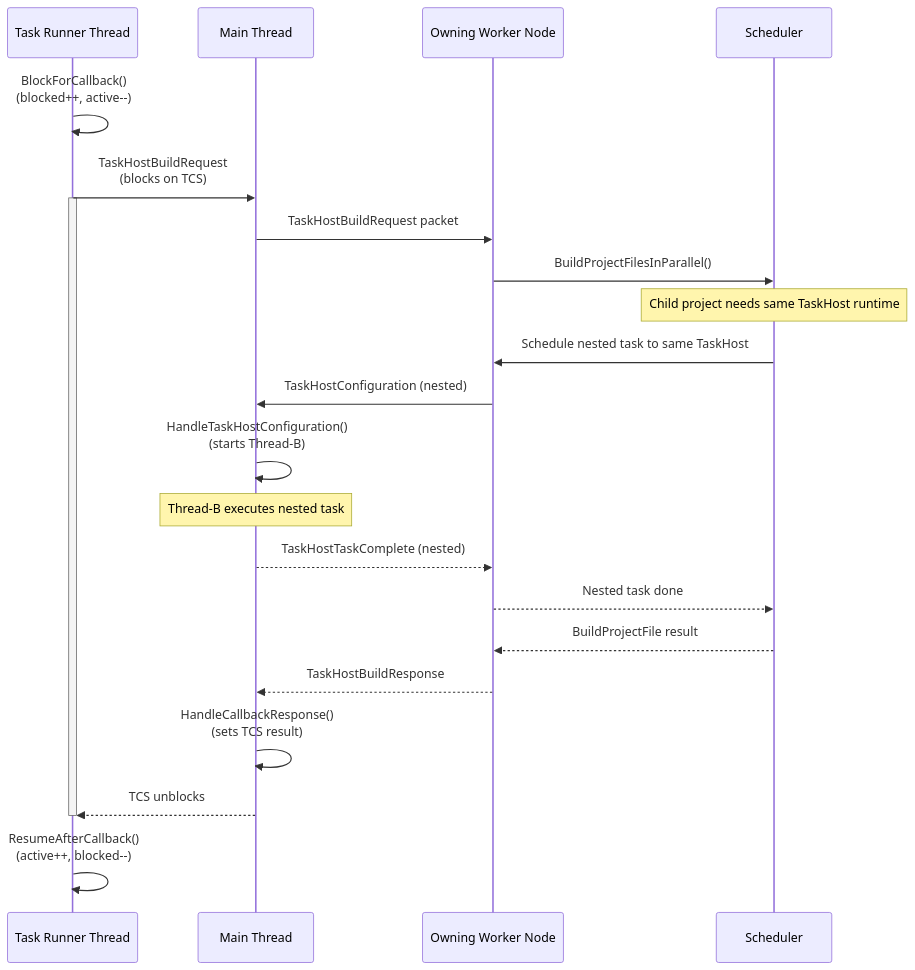
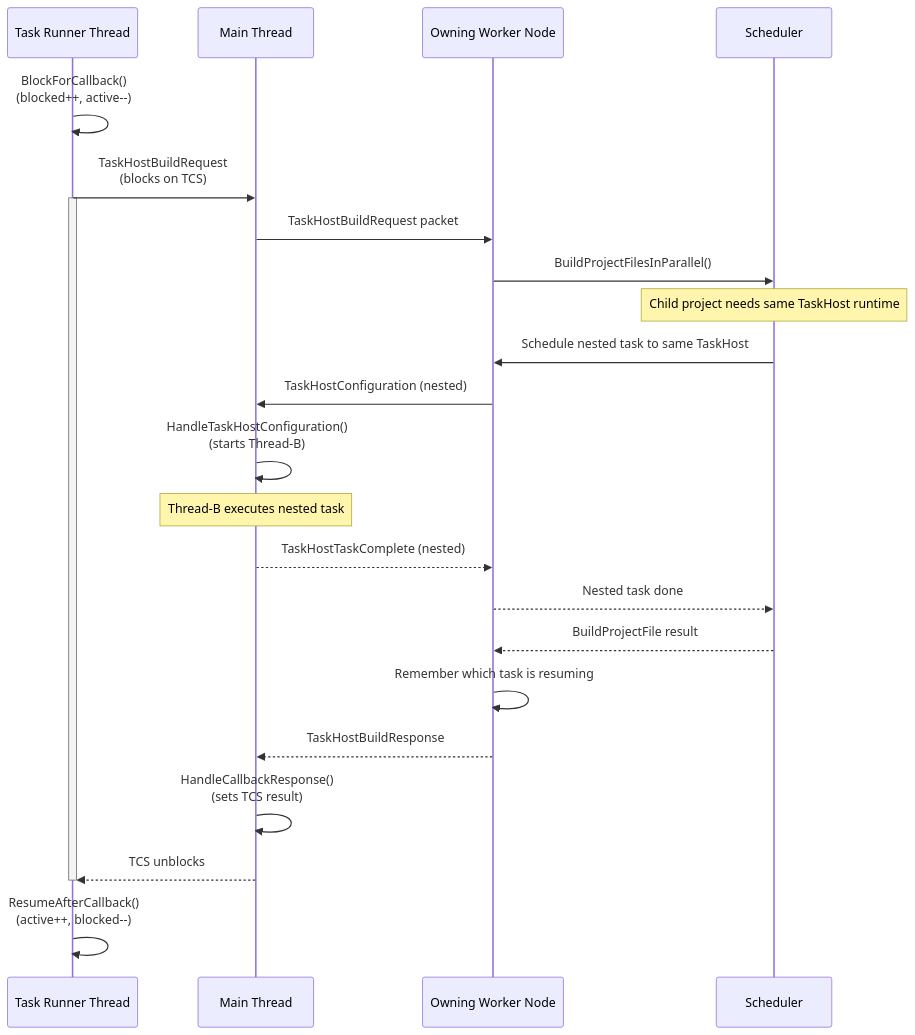
One commit to dotnet/msbuild changed the second of 3 diagrams in documentation/specs/multithreading/taskhost-threading.md. Above: the diagram before and after it, drawn with Mermaid. The commit also changed other lines of this file and 16 other files, not shown here.

````diff
--- a/documentation/specs/multithreading/taskhost-threading.md
+++ b/documentation/specs/multithreading/taskhost-threading.md
@@ -106,30 +106,31 @@
 ```mermaid
 sequenceDiagram
     participant TR as Task Runner Thread
     participant MT as Main Thread
     participant PP as Owning Worker Node
     participant SC as Scheduler
 
     TR->>TR: BlockForCallback()<br/>(blocked++, active--)
     TR->>MT: TaskHostBuildRequest<br/>(blocks on TCS)
     activate TR
 
     MT->>PP: TaskHostBuildRequest packet
     PP->>SC: BuildProjectFilesInParallel()
 
     Note over SC: Child project needs same TaskHost runtime
     SC->>PP: Schedule nested task to same TaskHost
     PP->>MT: TaskHostConfiguration (nested)
     MT->>MT: HandleTaskHostConfiguration()<br/>(starts Thread-B)
 
     Note over MT: Thread-B executes nested task
     MT-->>PP: TaskHostTaskComplete (nested)
     PP-->>SC: Nested task done
 
     SC-->>PP: BuildProjectFile result
+    PP->>PP: Remember which task is resuming
     PP-->>MT: TaskHostBuildResponse
     MT->>MT: HandleCallbackResponse()<br/>(sets TCS result)
     MT-->>TR: TCS unblocks
     deactivate TR
     TR->>TR: ResumeAfterCallback()<br/>(active++, blocked--)
 ```
````
